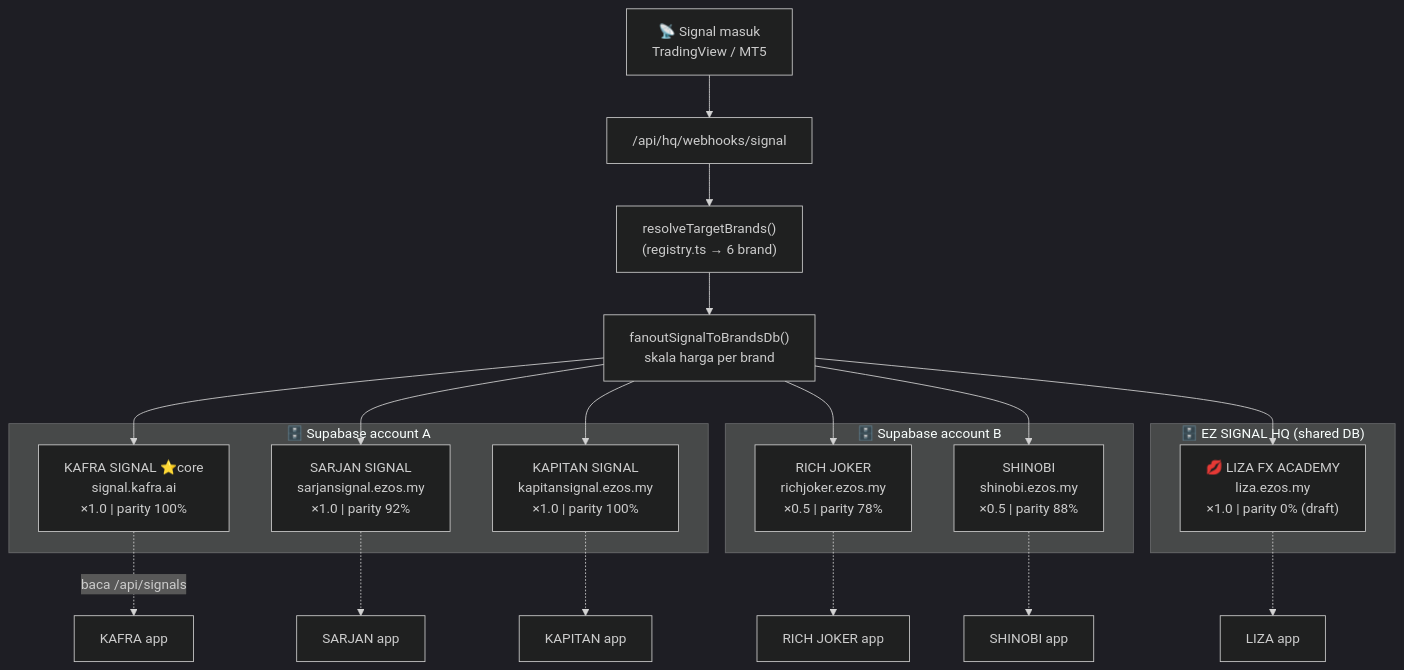
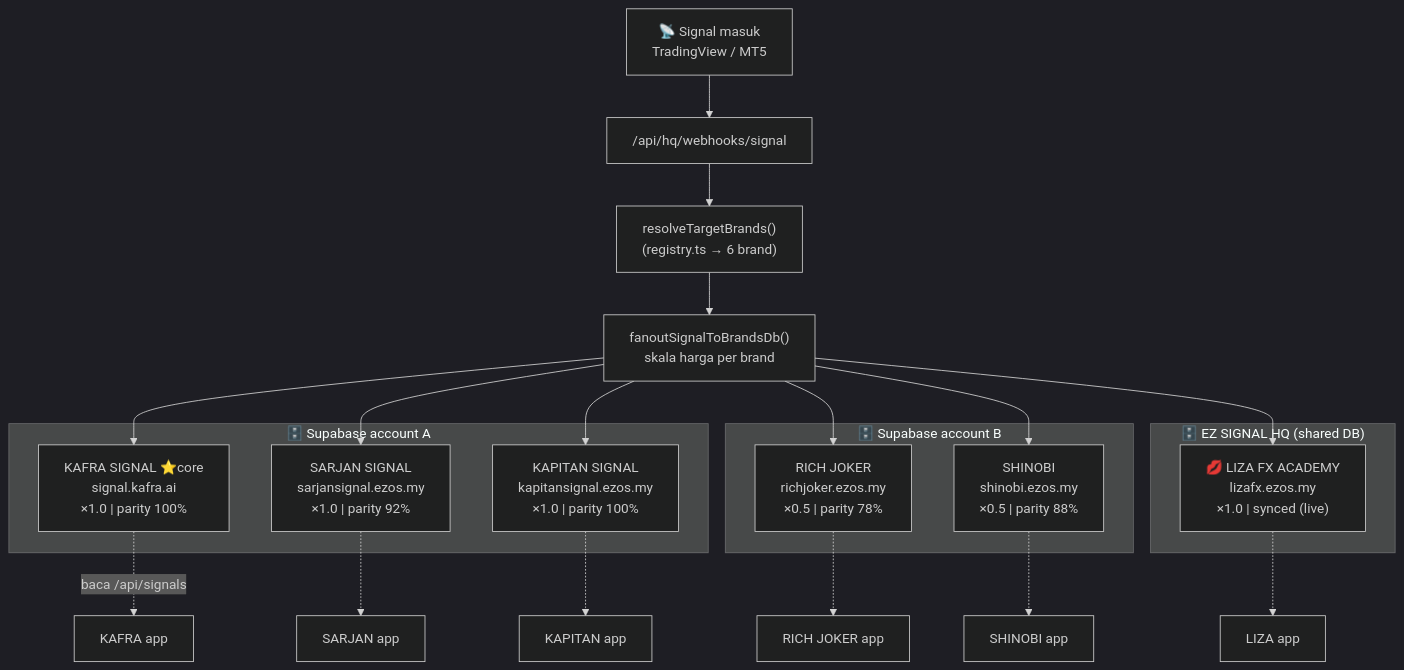
One commit to ezsignal/ezsignal changed the sixth of 6 diagrams in docs/HQ-ARCHITECTURE-DIAGRAM.md. Above: the diagram before and after it, drawn with Mermaid (dark theme). The commit also changed other lines of this file and 9 other files, not shown here.

First line of the commit message:
chore(hq): LIZA live — domain lizafx.ezos.my, vercel project lizafx, status synced

````diff
--- a/docs/HQ-ARCHITECTURE-DIAGRAM.md
+++ b/docs/HQ-ARCHITECTURE-DIAGRAM.md
@@ -279,35 +279,35 @@
 ```mermaid
 flowchart TB
     SIG["📡 Signal masuk<br/>TradingView / MT5"] --> WH["/api/hq/webhooks/signal"]
     WH --> RT["resolveTargetBrands()<br/>(registry.ts → 6 brand)"]
     RT --> FAN["fanoutSignalToBrandsDb()<br/>skala harga per brand"]
 
     FAN --> K
     FAN --> SA
     FAN --> KA
     FAN --> RJ
     FAN --> SH
     FAN --> LZ
 
     subgraph ACCA["🗄️ Supabase account A"]
         K["KAFRA SIGNAL ⭐core<br/>signal.kafra.ai<br/>×1.0 | parity 100%"]
         SA["SARJAN SIGNAL<br/>sarjansignal.ezos.my<br/>×1.0 | parity 92%"]
         KA["KAPITAN SIGNAL<br/>kapitansignal.ezos.my<br/>×1.0 | parity 100%"]
     end
 
     subgraph ACCB["🗄️ Supabase account B"]
         RJ["RICH JOKER<br/>richjoker.ezos.my<br/>×0.5 | parity 78%"]
         SH["SHINOBI<br/>shinobi.ezos.my<br/>×0.5 | parity 88%"]
     end
 
     subgraph SHARED["🗄️ EZ SIGNAL HQ (shared DB)"]
-        LZ["💋 LIZA FX ACADEMY<br/>liza.ezos.my<br/>×1.0 | parity 0% (draft)"]
+        LZ["💋 LIZA FX ACADEMY<br/>lizafx.ezos.my<br/>×1.0 | synced (live)"]
     end
 
     K -.->|baca /api/signals| KAPP["KAFRA app"]
     SA -.-> SAAPP["SARJAN app"]
     KA -.-> KAAPP["KAPITAN app"]
     RJ -.-> RJAPP["RICH JOKER app"]
     SH -.-> SHAPP["SHINOBI app"]
     LZ -.-> LZAPP["LIZA app"]
 ```
````
